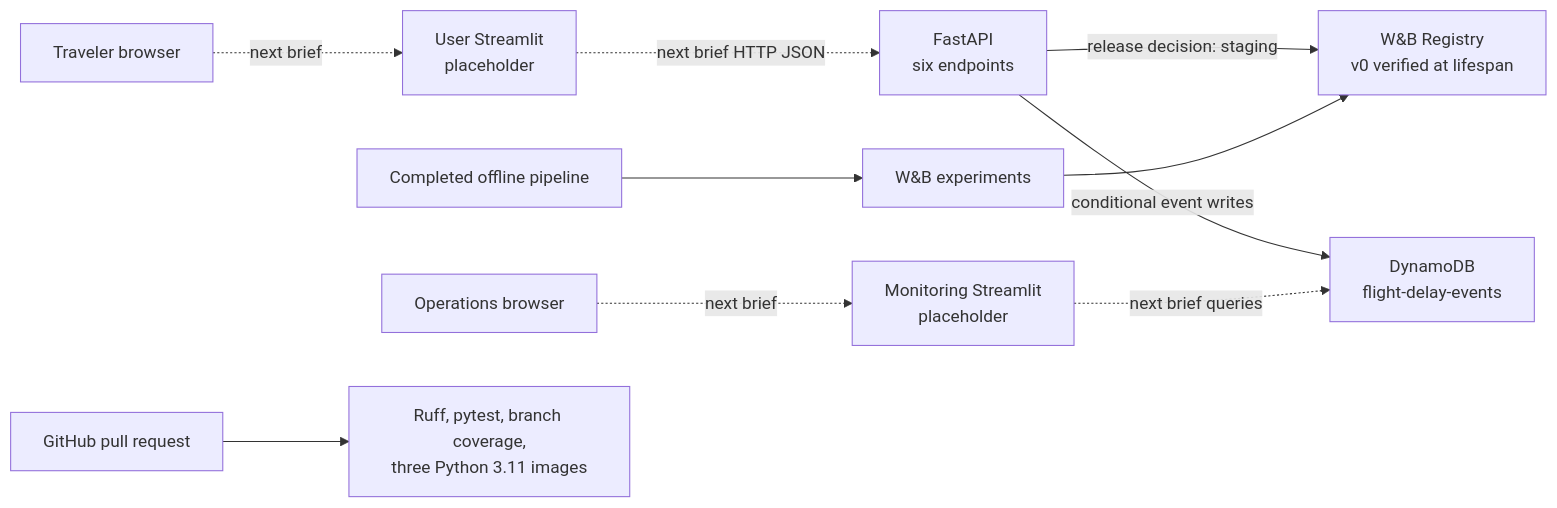
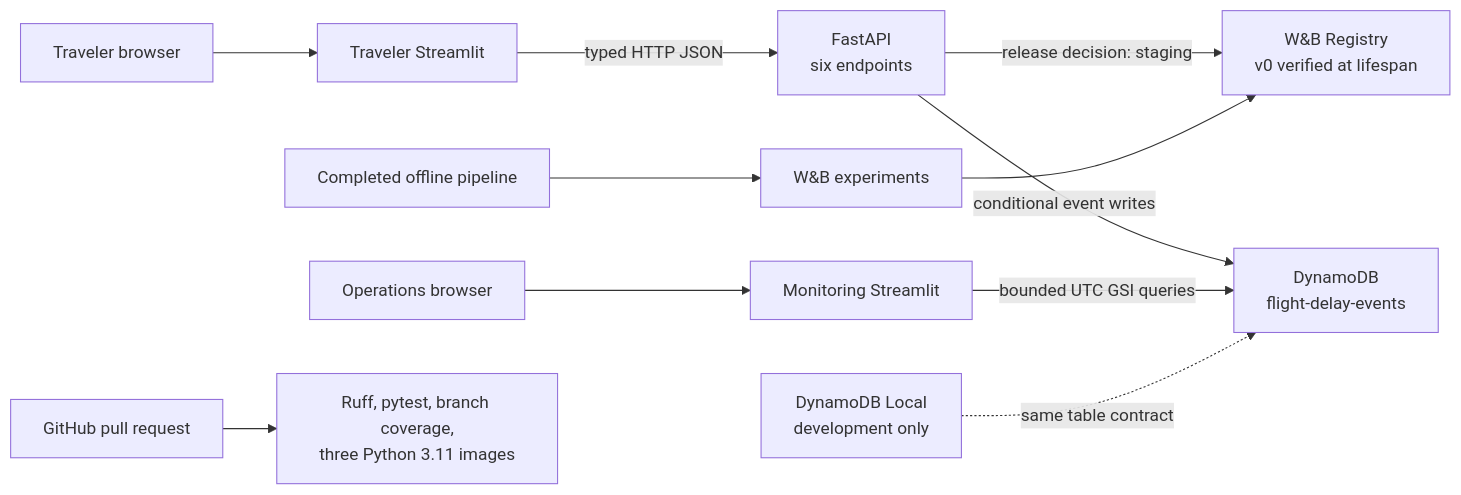
The diagram in docs/architecture.md (austinyoungblood/us-flight-delay-mlops), drawn with Mermaid before and after one commit. The commit also changed other lines of this file and 29 other files, not shown here.

Commit message:
feat: add traveler UI and local monitoring plane

````diff
--- a/docs/architecture.md
+++ b/docs/architecture.md
@@ -11,12 +12,13 @@
 ```mermaid
 flowchart LR
-    U["Traveler browser"] -. "next brief" .-> UI["User Streamlit<br/>placeholder"]
-    UI -. "next brief HTTP JSON" .-> API["FastAPI<br/>six endpoints"]
+    U["Traveler browser"] --> UI["Traveler Streamlit"]
+    UI -->|"typed HTTP JSON"| API["FastAPI<br/>six endpoints"]
     API -->|"release decision: staging"| MODEL["W&B Registry<br/>v0 verified at lifespan"]
     API -->|"conditional event writes"| DB["DynamoDB<br/>flight-delay-events"]
-    O["Operations browser"] -. "next brief" .-> MON["Monitoring Streamlit<br/>placeholder"]
-    MON -. "next brief queries" .-> DB
+    O["Operations browser"] --> MON["Monitoring Streamlit"]
+    MON -->|"bounded UTC GSI queries"| DB
+    LOCAL["DynamoDB Local<br/>development only"] -. "same table contract" .-> DB
     TRAIN["Completed offline pipeline"] --> EXP["W&B experiments"]
     EXP --> MODEL
     GH["GitHub pull request"] --> CI["Ruff, pytest, branch coverage,<br/>three Python 3.11 images"]
 ```
````
